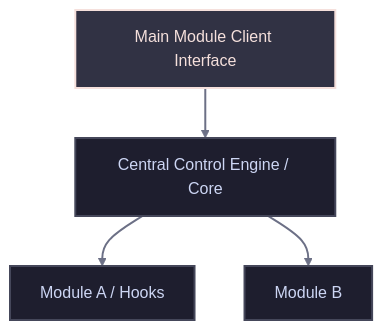
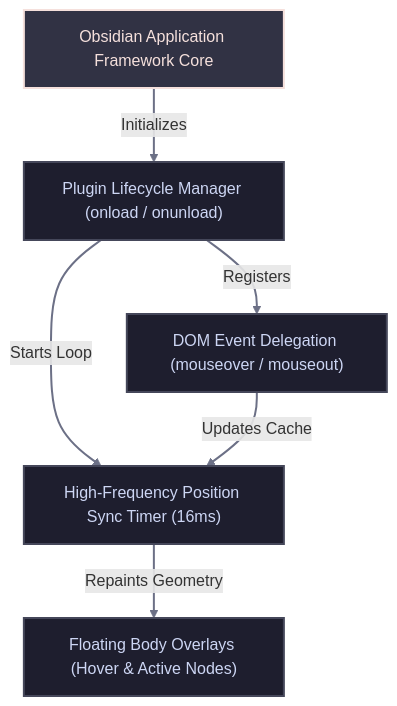
One commit to markcrobbins2112/op-file-tree-selector-hue-rotate changed the diagram in AIMD/MANUAL.md. Above: the diagram before and after it, drawn with Mermaid. The commit also changed other lines of this file and 21 other files, not shown here.

````diff
--- a/AIMD/MANUAL.md
+++ b/AIMD/MANUAL.md
@@ -63,27 +70,27 @@
 ```mermaid
 graph TD
     %% Custom Dark Theme Definition
-
-    %% Define Styles
     classDef darkNode fill:#1e1e2e,stroke:#45475a,stroke-width:2px,color:#cdd6f4;
     classDef mainNode fill:#313244,stroke:#f5e0dc,stroke-width:2px,color:#f5e0dc;
 
     %% Define Nodes
-    Main["Main Module Client Interface"]
-    Core["Central Control Engine / Core"]
-    ModA["Module A / Hooks"]
-    ModB["Module B"]
+    Obsidian["Obsidian Application Framework Core"]
+    Plugin["Plugin Lifecycle Manager (onload / onunload)"]
+    DOMEvent["DOM Event Delegation (mouseover / mouseout)"]
+    SyncEngine["High-Frequency Position Sync Timer (16ms)"]
+    OverlayLayer["Floating Body Overlays (Hover & Active Nodes)"]
 
     %% Apply Styles
-    class Main mainNode;
-    class Core,ModA,ModB darkNode;
+    class Obsidian mainNode;
+    class Plugin,DOMEvent,SyncEngine,OverlayLayer darkNode;
 
     %% Define Flow Connections
-    Main --> Core
-    Core --> ModA
-    Core --> ModB
+    Obsidian -->|Initializes| Plugin
+    Plugin -->|Registers| DOMEvent
+    Plugin -->|Starts Loop| SyncEngine
+    DOMEvent -->|Updates Cache| SyncEngine
+    SyncEngine -->|Repaints Geometry| OverlayLayer
 
     %% Link Customization
     linkStyle default stroke:#6c7086,stroke-width:2px;
-
 ```
````
